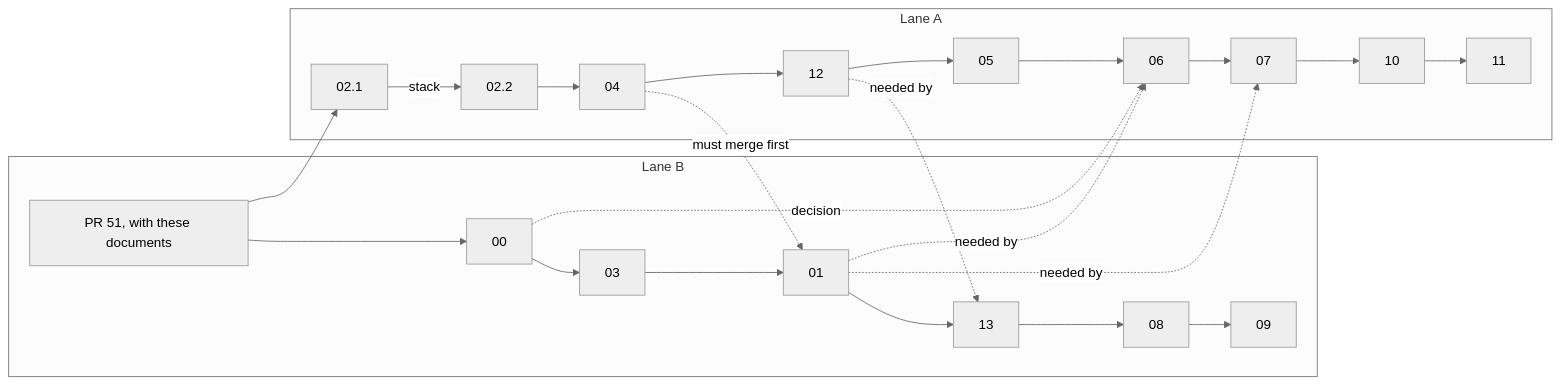
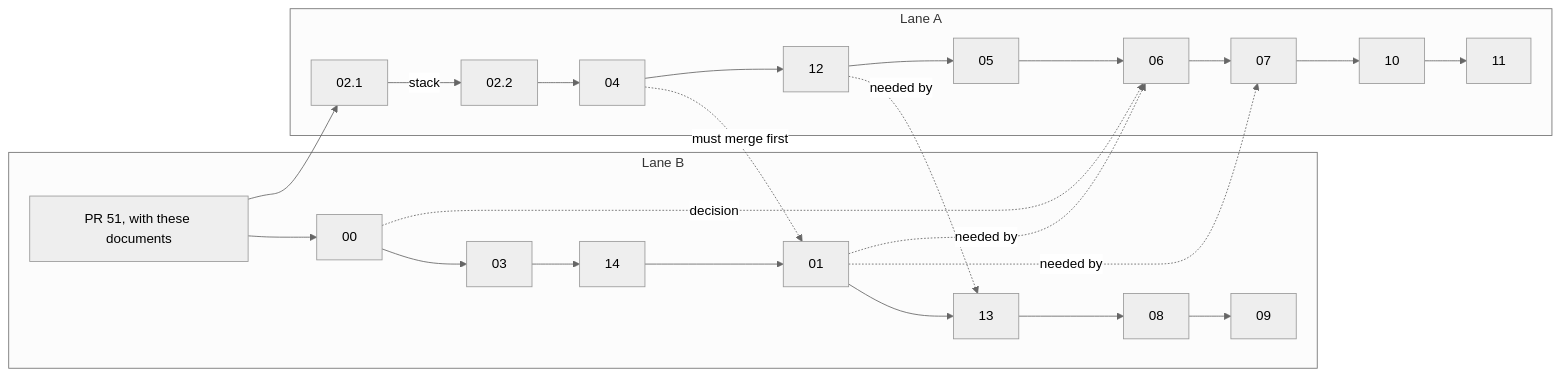
Before and after one commit to zazzcode/zazzles: the diagram in .zazz/specifications/detection-generalization/delivery-plan.md, drawn with Mermaid (neutral theme). The commit also changed other lines of this file and 4 other files, not shown here.

````diff
--- a/.zazz/specifications/detection-generalization/delivery-plan.md
+++ b/.zazz/specifications/detection-generalization/delivery-plan.md
@@ -46,15 +47,15 @@
 ```mermaid
 flowchart LR
   P51["PR 51, with these documents"]
   subgraph B["Lane B"]
-    P51 --> S00["00"] --> S03["03"] --> S01["01"] --> S13["13"] --> S08["08"] --> S09["09"]
+    P51 --> S00["00"] --> S03["03"] --> S14["14"] --> S01["01"] --> S13["13"] --> S08["08"] --> S09["09"]
   end
   subgraph A["Lane A"]
     P51 --> S021["02.1"] -- stack --> S022["02.2"] --> S04["04"] --> S12["12"] --> S05["05"] --> S06["06"] --> S07["07"] --> S10["10"] --> S11["11"]
   end
   S04 -. must merge first .-> S01
   S12 -. needed by .-> S13
   S01 -. needed by .-> S06
   S01 -. needed by .-> S07
   S00 -. decision .-> S06
 ```
````
